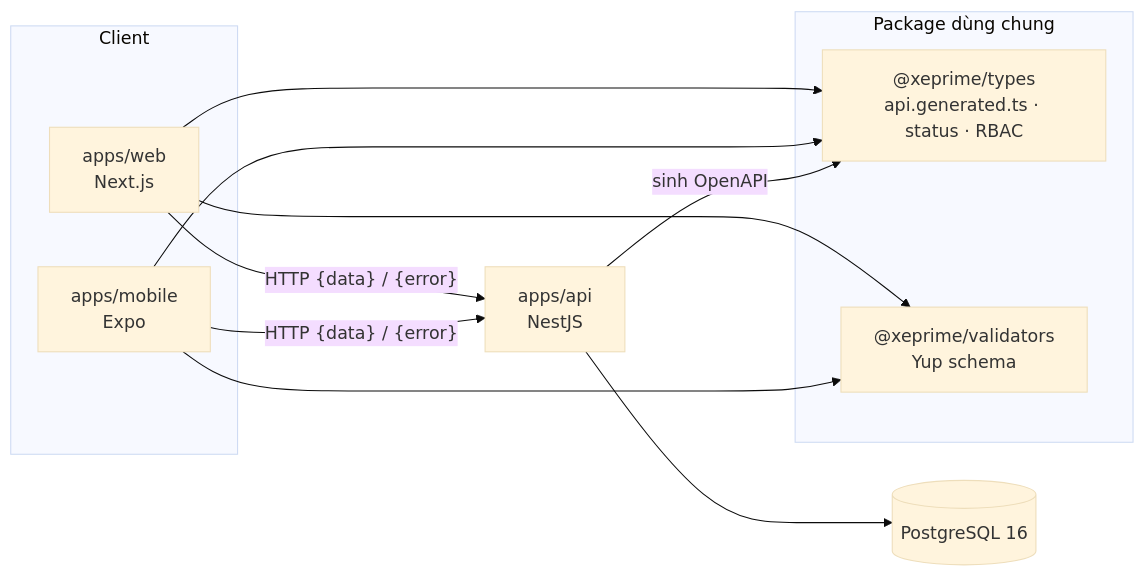
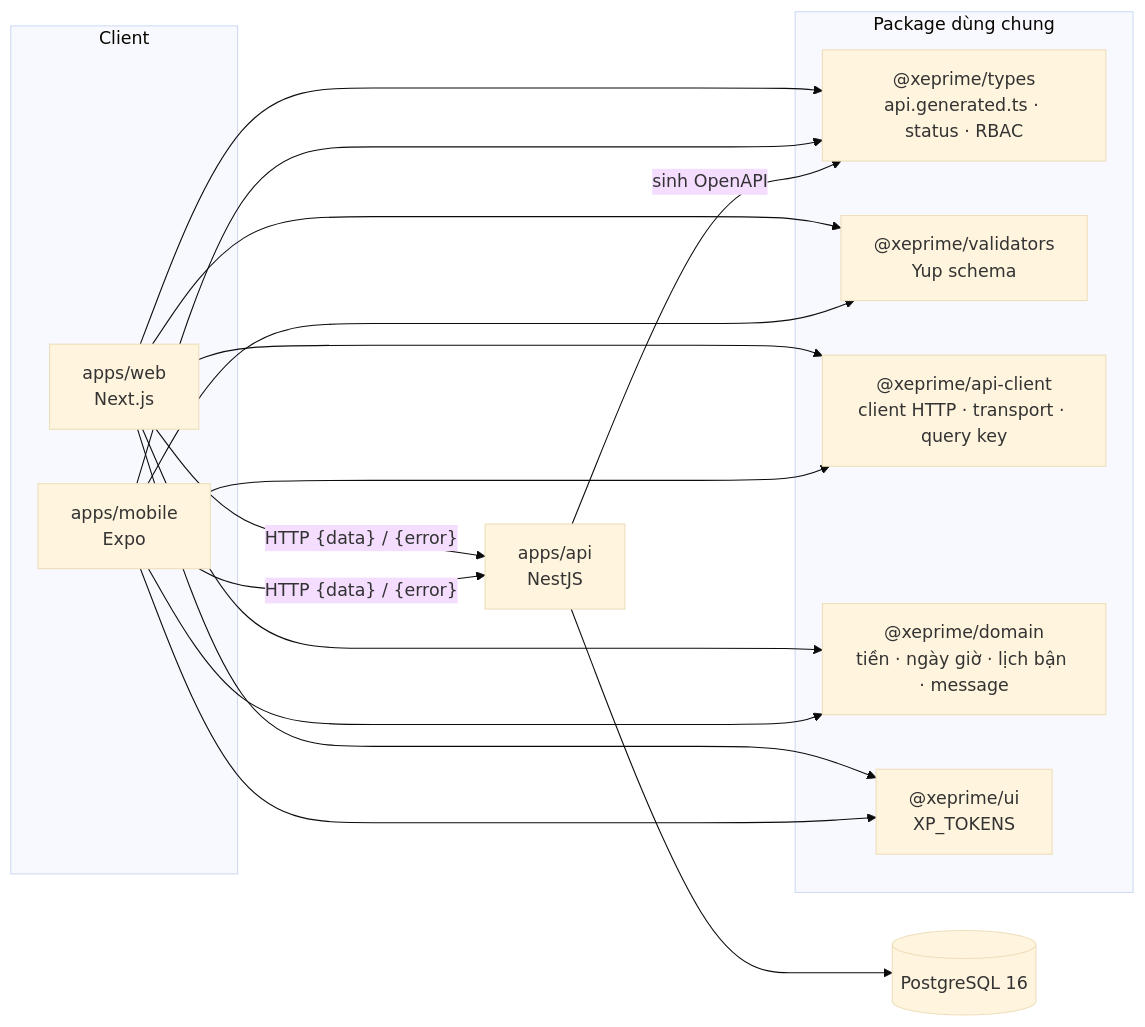
The first of 4 diagrams in apps/mobile/README.md (daihanhbvt/xeprime), drawn with Mermaid (base theme) before and after one commit. The commit also changed other lines of this file and 27 other files, not shown here.

Commit message:
feat(mobile): call api with bearer via shared client

````diff
--- a/apps/mobile/README.md
+++ b/apps/mobile/README.md
@@ -54,20 +55,23 @@
 ```mermaid
 flowchart LR
   subgraph clients[Client]
     web["apps/web<br/>Next.js"]
     mob["apps/mobile<br/>Expo"]
   end
   subgraph shared[Package dùng chung]
     types["@xeprime/types<br/>api.generated.ts · status · RBAC"]
     val["@xeprime/validators<br/>Yup schema"]
+    client["@xeprime/api-client<br/>client HTTP · transport · query key"]
+    dom["@xeprime/domain<br/>tiền · ngày giờ · lịch bận · message"]
+    ui["@xeprime/ui<br/>XP_TOKENS"]
   end
   api["apps/api<br/>NestJS"]
   db[("PostgreSQL 16")]
 
-  web --> types & val
-  mob --> types & val
+  web --> types & val & client & dom & ui
+  mob --> types & val & client & dom & ui
   web -- "HTTP {data} / {error}" --> api
   mob -- "HTTP {data} / {error}" --> api
   api -- "sinh OpenAPI" --> types
   api --> db
 ```
````
